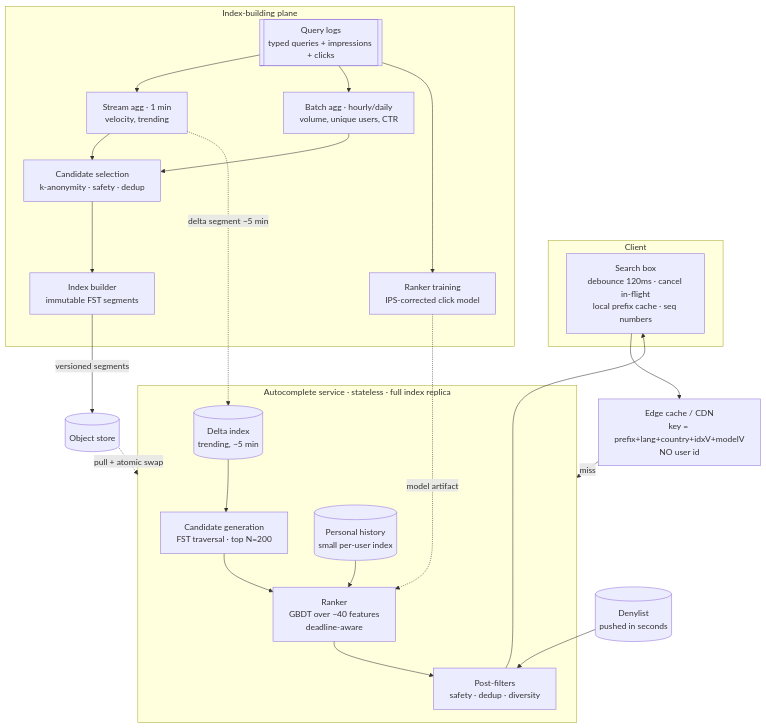
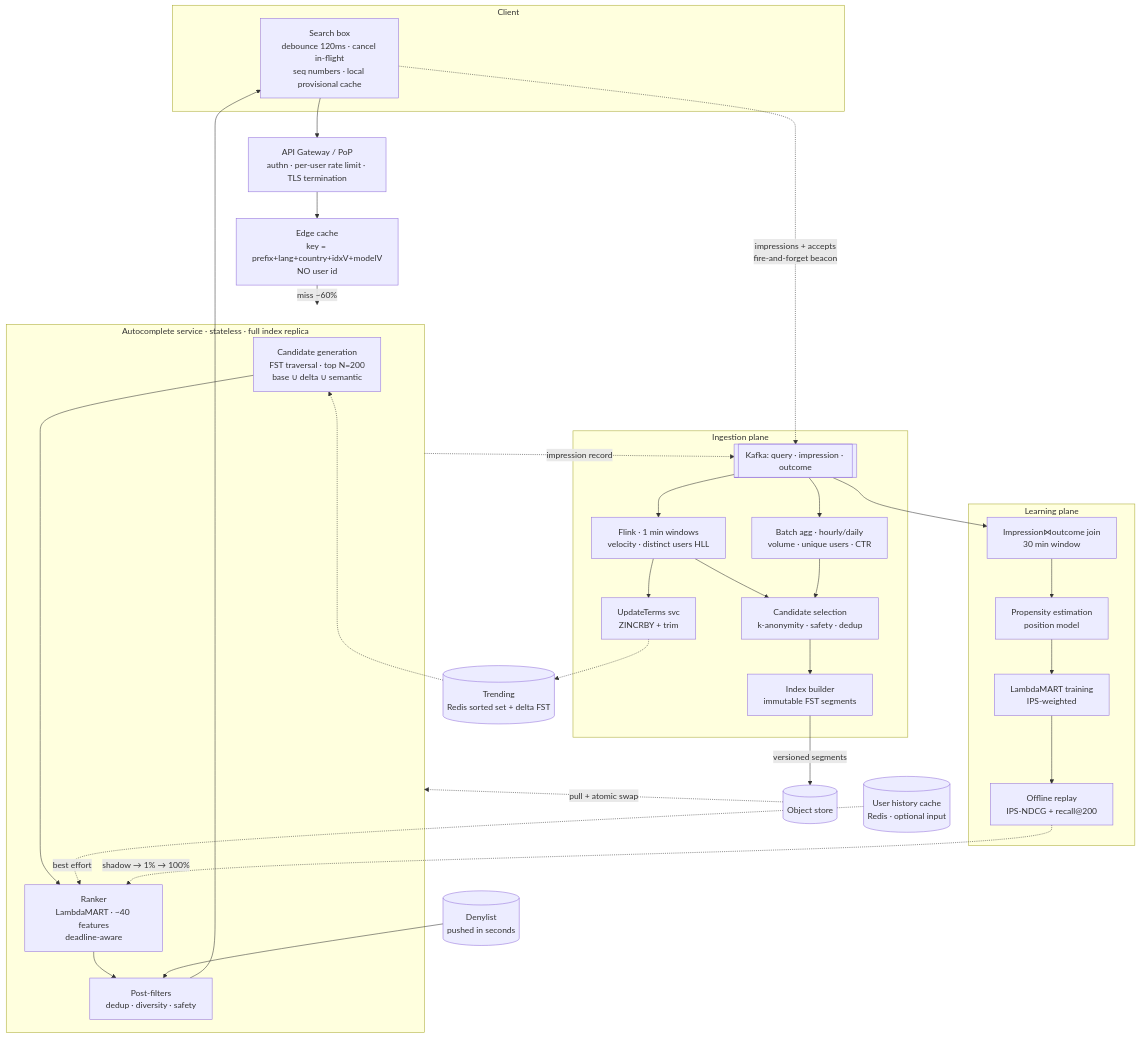
One commit to varunmundale/lld-hld-docs changed the first of 5 diagrams in docs/hld/39-search-autocomplete.md. Above: the diagram before and after it, drawn with Mermaid. The commit also changed other lines of this file and 5 other files, not shown here.

````diff
--- a/docs/hld/39-search-autocomplete.md
+++ b/docs/hld/39-search-autocomplete.md
@@ -144,39 +366,50 @@
 ```mermaid
 flowchart TB
-    subgraph Client
-        UI[Search box<br/>debounce 120ms · cancel in-flight<br/>local prefix cache · seq numbers]
+    subgraph CLIENT[Client]
+        UI[Search box<br/>debounce 120ms · cancel in-flight<br/>seq numbers · local provisional cache]
     end
-    UI --> EDGE[Edge cache / CDN<br/>key = prefix+lang+country+idxV+modelV<br/>NO user id]
-    EDGE -->|miss| SVC
+
+    UI --> GW[API Gateway / PoP<br/>authn · per-user rate limit · TLS termination]
+    GW --> EDGE[Edge cache<br/>key = prefix+lang+country+idxV+modelV<br/>NO user id]
+    EDGE -->|miss ~60%| SVC
 
     subgraph SVC[Autocomplete service · stateless · full index replica]
-        CG[Candidate generation<br/>FST traversal · top N=200]
-        PERS[(Personal history<br/>small per-user index)]
-        TREND[(Delta index<br/>trending, ~5 min)]
-        RANK[Ranker<br/>GBDT over ~40 features<br/>deadline-aware]
-        FILT[Post-filters<br/>safety · dedup · diversity]
-        CG --> RANK
-        PERS --> RANK
-        TREND --> CG
-        RANK --> FILT
+        CG[Candidate generation<br/>FST traversal · top N=200<br/>base ∪ delta ∪ semantic]
+        RANK[Ranker<br/>LambdaMART · ~40 features<br/>deadline-aware]
+        FILT[Post-filters<br/>dedup · diversity · safety]
+        CG --> RANK --> FILT
     end
+
+    PERS[(User history cache<br/>Redis · optional input)] -.->|best effort| RANK
+    TREND[(Trending<br/>Redis sorted set + delta FST)] -.-> CG
+    DENY[(Denylist<br/>pushed in seconds)] --> FILT
     FILT --> UI
-    DENY[(Denylist<br/>pushed in seconds)] --> FILT
 
-    subgraph BUILD[Index-building plane]
-        LOGS[[Query logs<br/>typed queries + impressions + clicks]]
-        STREAM[Stream agg · 1 min<br/>velocity, trending]
-        BATCH[Batch agg · hourly/daily<br/>volume, unique users, CTR]
+    UI -.->|impressions + accepts<br/>fire-and-forget beacon| LOGQ
+    SVC -.->|impression record| LOGQ
+
+    subgraph INGEST[Ingestion plane]
+        LOGQ[[Kafka: query · impression · outcome]]
+        STREAM[Flink · 1 min windows<br/>velocity · distinct users HLL]
+        BATCH[Batch agg · hourly/daily<br/>volume · unique users · CTR]
         SEL[Candidate selection<br/>k-anonymity · safety · dedup]
         BLD[Index builder<br/>immutable FST segments]
-        TRAIN[Ranker training<br/>IPS-corrected click model]
-        LOGS --> STREAM --> SEL
-        LOGS --> BATCH --> SEL
+        LOGQ --> STREAM --> SEL
+        LOGQ --> BATCH --> SEL
         SEL --> BLD
-        LOGS --> TRAIN
+        STREAM --> UPD[UpdateTerms svc<br/>ZINCRBY + trim]
     end
+
+    subgraph LEARN[Learning plane]
+        JOIN[Impression⋈outcome join<br/>30 min window]
+        PROP[Propensity estimation<br/>position model]
+        TRAIN[LambdaMART training<br/>IPS-weighted]
+        EVAL[Offline replay<br/>IPS-NDCG + recall@200]
+        LOGQ --> JOIN --> PROP --> TRAIN --> EVAL
+    end
+
     BLD -->|versioned segments| OBJ[(Object store)]
     OBJ -.->|pull + atomic swap| SVC
-    TRAIN -.->|model artifact| RANK
-    STREAM -.->|delta segment ~5 min| TREND
+    UPD -.-> TREND
+    EVAL -.->|shadow → 1% → 100%| RANK
 ```
````
